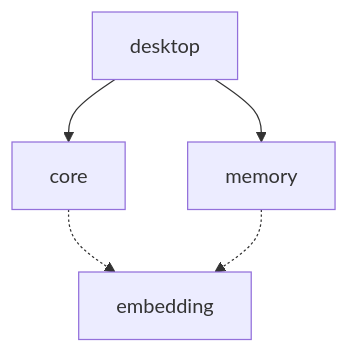
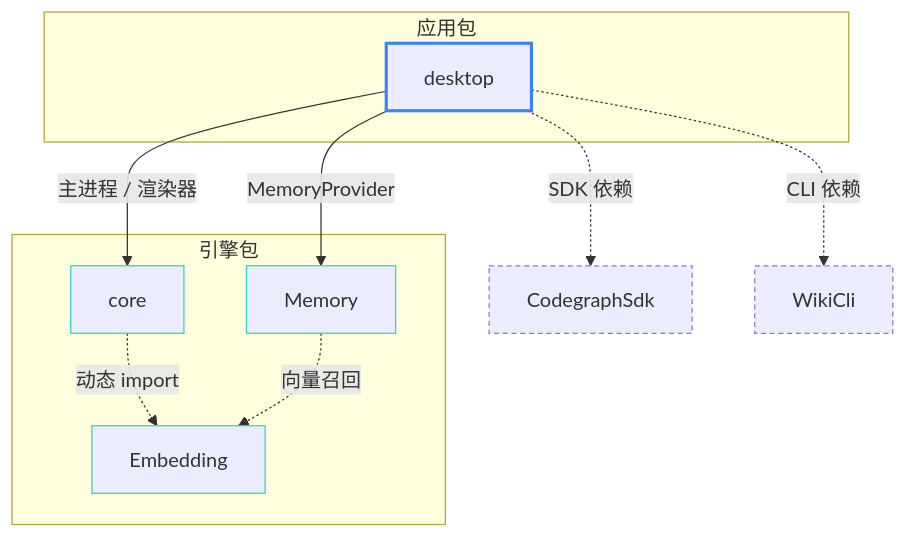
One commit to d2rabbit/deepOrca changed the third of 3 diagrams in .deeporca/prototypes/arch-deeporca.md. Above: the diagram before and after it, drawn with Mermaid. The commit also changed other lines of this file and 139 other files, not shown here.

First line of the commit message:
feat(desktop,core): 架构图 Archify 化 + 知识索引可靠性与辅助模型继承修复

````diff
--- a/.deeporca/prototypes/arch-deeporca.md
+++ b/.deeporca/prototypes/arch-deeporca.md
@@ -50,9 +92,32 @@
 ```mermaid
 flowchart TD
-  DESK["desktop"] --> CORE["core"]
-  DESK --> MEM["memory"]
-  CORE -.-> EMB["embedding"]
-  MEM -.-> EMB
+  subgraph AppPackages["应用包"]
+    DESK["desktop"]
+  end
+  subgraph EnginePackages["引擎包"]
+    CORE["core"]
+    MEM["Memory"]
+    EMB["Embedding"]
+  end
+  CG["CodegraphSdk"]
+  WC["WikiCli"]
 
+  DESK -->|"主进程 / 渲染器"| CORE
+  DESK -->|"MemoryProvider"| MEM
+  CORE -.->|"动态 import"| EMB
+  MEM -.->|"向量召回"| EMB
+  DESK -.->|"SDK 依赖"| CG
+  DESK -.->|"CLI 依赖"| WC
+
+  classDef entry stroke:#3b82f6,stroke-width:2.5px
+  classDef frontend stroke:#22d3ee
+  classDef backend stroke:#2dd4bf
+  classDef store stroke:#a78bfa
+  classDef bus stroke:#fbbf24
+  classDef cloud stroke:#818cf8
   classDef external stroke-dasharray: 4 3
+  classDef concern stroke:#ef4444,stroke-width:2px
+  class DESK entry
+  class CORE,MEM,EMB backend
+  class CG,WC external
 ```
````
